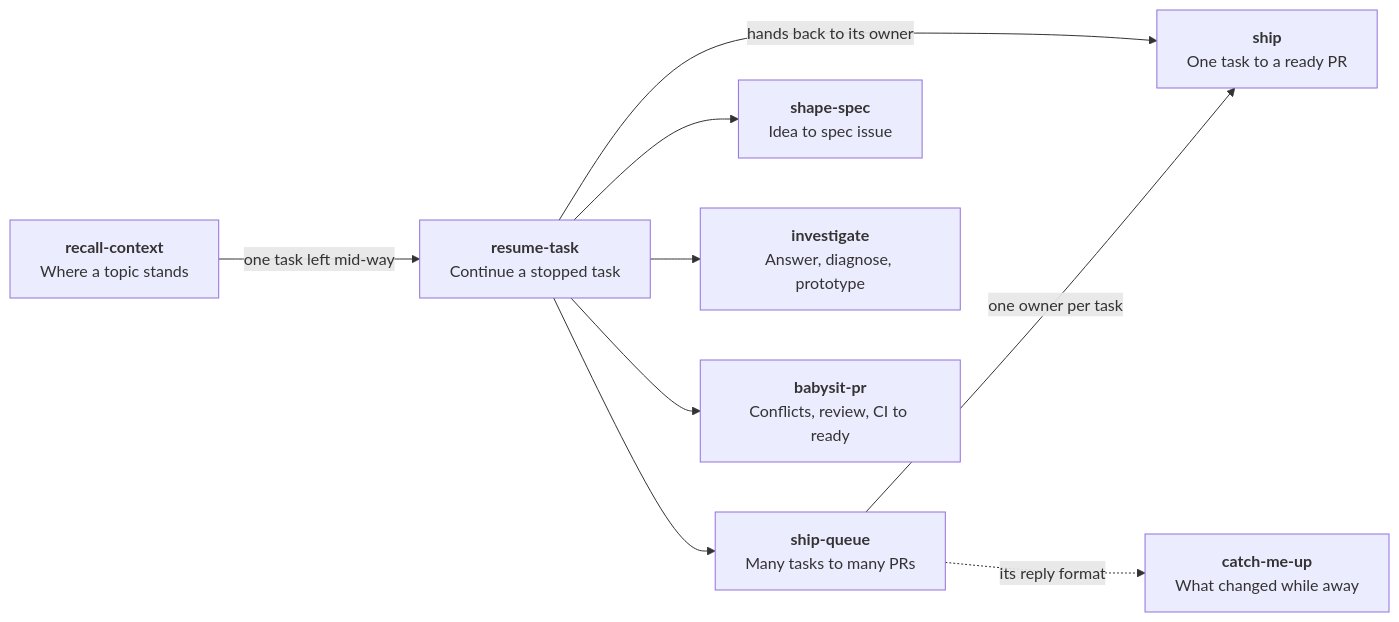
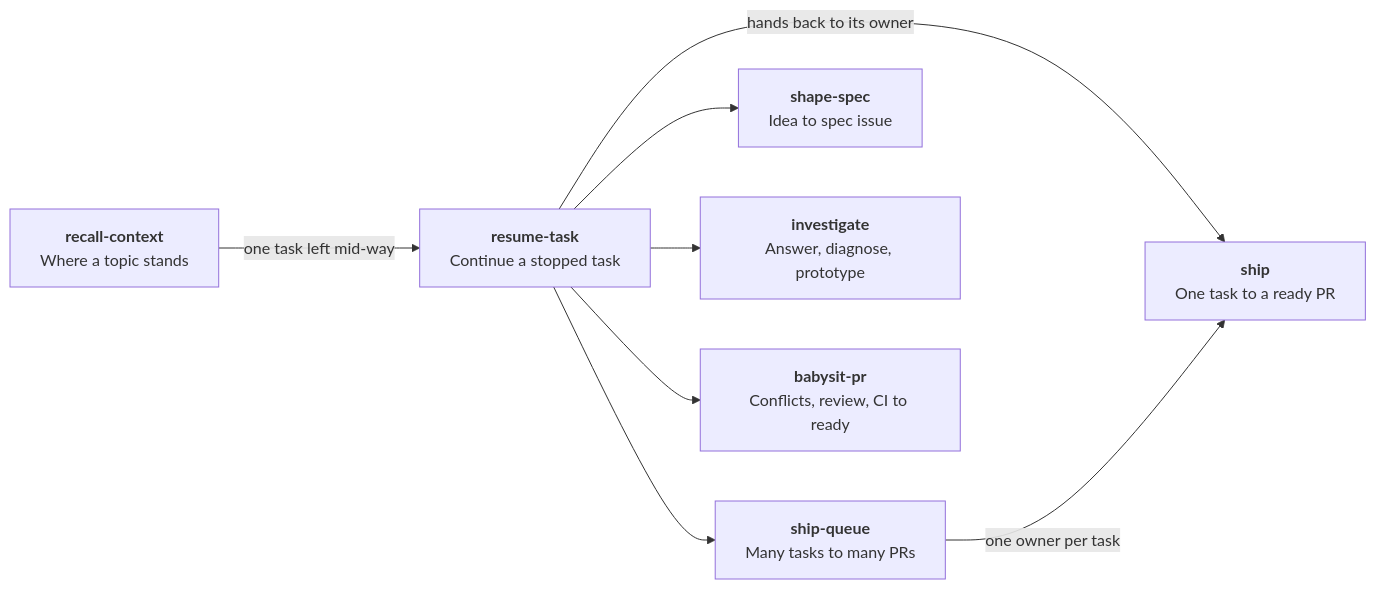
Before and after one commit to Ilian-Allaf/skillstack: the third of 12 diagrams in skills/GRAPH.md, drawn with Mermaid. The commit also changed other lines of this file, not shown here.

First line of the commit message:
Make the skill graph readable at a glance

````diff
--- a/skills/GRAPH.md
+++ b/skills/GRAPH.md
@@ -42,20 +66,18 @@
 ```mermaid
 flowchart LR
   recall["<b>recall-context</b><br/>Where a topic stands"]
   resume["<b>resume-task</b><br/>Continue a stopped task"]
   queue["<b>ship-queue</b><br/>Many tasks to many PRs"]
   ship["<b>ship</b><br/>One task to a ready PR"]
   shape["<b>shape-spec</b><br/>Idea to spec issue"]
   investigate["<b>investigate</b><br/>Answer, diagnose, prototype"]
   babysit["<b>babysit-pr</b><br/>Conflicts, review, CI to ready"]
-  catchup["<b>catch-me-up</b><br/>What changed while away"]
 
   recall -->|one task left mid-way| resume
   resume -->|hands back to its owner| ship
   resume --> queue
   resume --> shape
   resume --> investigate
   resume --> babysit
   queue -->|one owner per task| ship
-  queue -.->|its reply format| catchup
 ```
````
